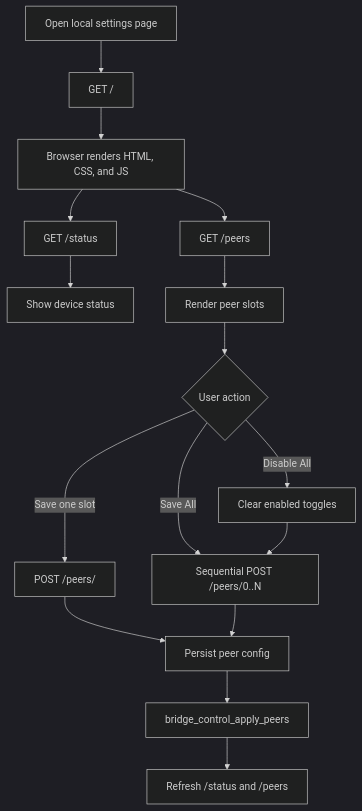
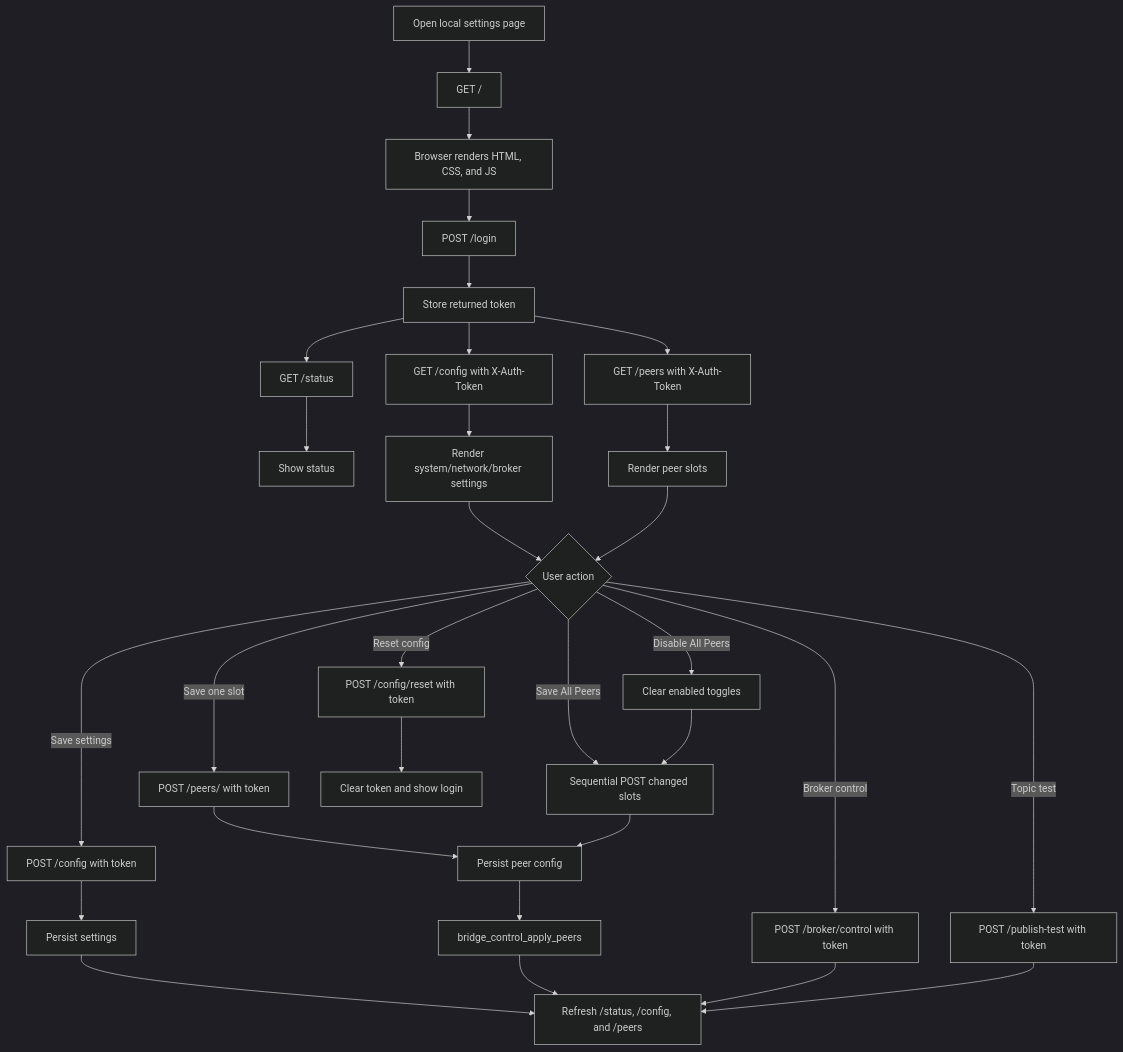
One commit to judadao/mqtt_field_bridge_app changed the first of 2 diagrams in README.md. Above: the diagram before and after it, drawn with Mermaid (dark theme). The commit also changed other lines of this file and 15 other files, not shown here.

````diff
--- a/README.md
+++ b/README.md
@@ -188,18 +238,32 @@
 ```mermaid
 flowchart TD
     A[Open local settings page] --> B[GET /]
     B --> C[Browser renders HTML, CSS, and JS]
-    C --> D[GET /status]
-    C --> E[GET /peers]
-    D --> F[Show device status]
-    E --> G[Render peer slots]
-    G --> H{User action}
-    H -->|Save one slot| I[POST /peers/<index>]
-    H -->|Save All| J[Sequential POST /peers/0..N]
-    H -->|Disable All| K[Clear enabled toggles]
-    K --> J
-    I --> L[Persist peer config]
-    J --> L
-    L --> M[bridge_control_apply_peers]
-    M --> N[Refresh /status and /peers]
+    C --> D[POST /login]
+    D --> E[Store returned token]
+    E --> F[GET /status]
+    E --> G[GET /config with X-Auth-Token]
+    E --> H[GET /peers with X-Auth-Token]
+    F --> I[Show status]
+    G --> J[Render system/network/broker settings]
+    H --> K[Render peer slots]
+    J --> L{User action}
+    K --> L
+    L -->|Save settings| M[POST /config with token]
+    L -->|Save one slot| N[POST /peers/<index> with token]
+    L -->|Save All Peers| O[Sequential POST changed slots]
+    L -->|Disable All Peers| P[Clear enabled toggles]
+    L -->|Broker control| U[POST /broker/control with token]
+    L -->|Topic test| V[POST /publish-test with token]
+    L -->|Reset config| W[POST /config/reset with token]
+    P --> O
+    M --> Q[Persist settings]
+    N --> R[Persist peer config]
+    O --> R
+    R --> S[bridge_control_apply_peers]
+    Q --> T[Refresh /status, /config, and /peers]
+    S --> T
+    U --> T
+    V --> T
+    W --> X[Clear token and show login]
 ```
````
